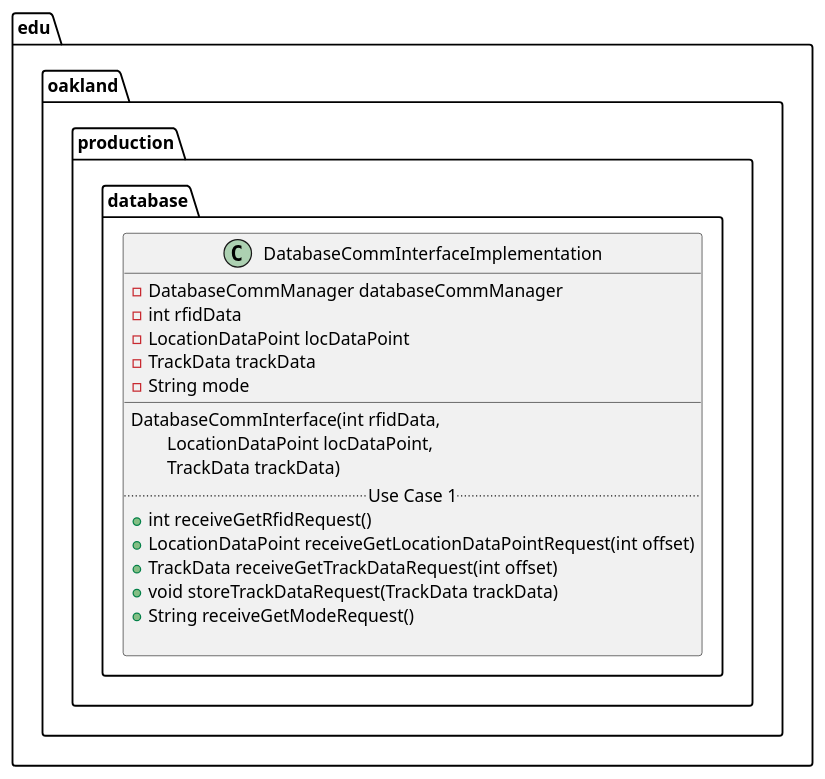
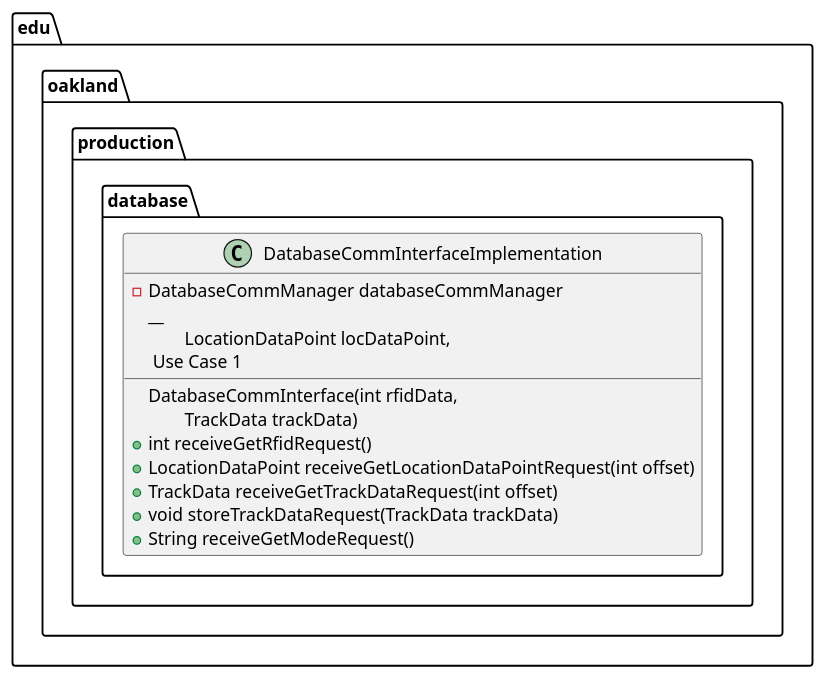
Before and after one commit to andrewdimmer/csi-3370-software-project: the diagram in docs/uml-class-diagrams/database/production/DatabaseCommInterfaceImplementation/DatabaseCommInterfaceImplementation.puml, drawn with PlantUML.

```diff
--- a/docs/uml-class-diagrams/database/production/DatabaseCommInterfaceImplementation/DatabaseCommInterfaceImplementation.puml
+++ b/docs/uml-class-diagrams/database/production/DatabaseCommInterfaceImplementation/DatabaseCommInterfaceImplementation.puml
@@ -1,24 +1,20 @@
 @startuml DatabaseCommInterfaceImplementation
 
 package edu.oakland.production.database {
     class DatabaseCommInterfaceImplementation {
-        - DatabaseCommManager databaseCommManager
-    	- int rfidData
-    	- LocationDataPoint locDataPoint
-    	- TrackData trackData
-    	- String mode
+      - DatabaseCommManager databaseCommManager
         __
         DatabaseCommInterface(int rfidData, 
         \tLocationDataPoint locDataPoint,
         \tTrackData trackData)
         .. Use Case 1 ..
         + int receiveGetRfidRequest()
         + LocationDataPoint receiveGetLocationDataPointRequest(int offset)
         + TrackData receiveGetTrackDataRequest(int offset)
         + void storeTrackDataRequest(TrackData trackData)
         + String receiveGetModeRequest()
 
     }
 }
 
 @enduml
```
